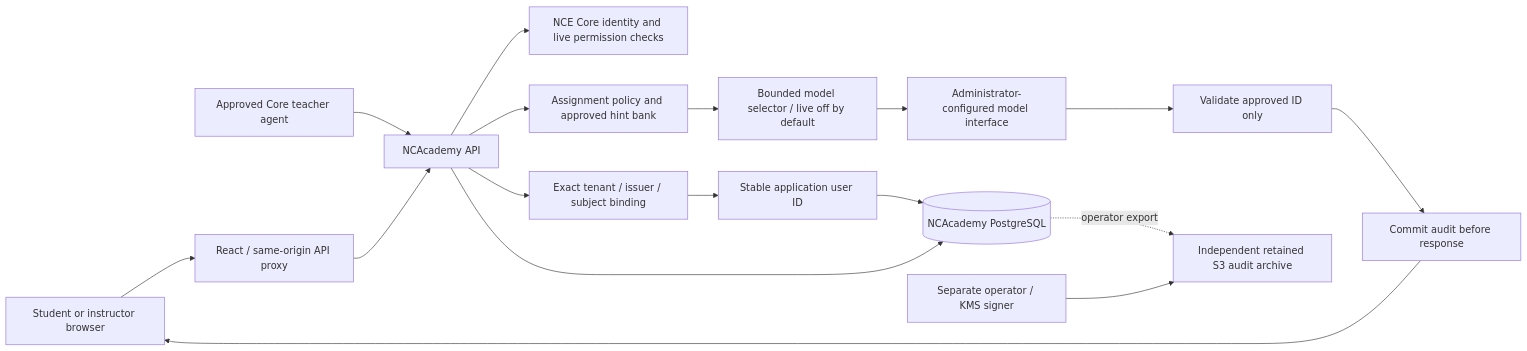
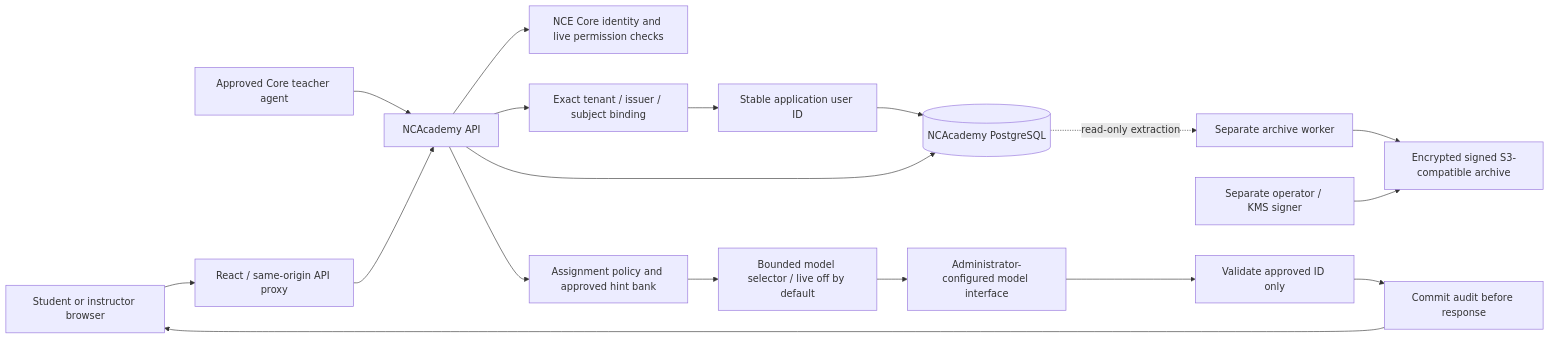
One commit to NorthCountryEngineer/NCAcademy changed the diagram in docs/architecture.md. Above: the diagram before and after it, drawn with Mermaid. The commit also changed other lines of this file and 142 other files, not shown here.

````diff
--- a/docs/architecture.md
+++ b/docs/architecture.md
@@ -5,19 +5,20 @@
 ```mermaid
 flowchart LR
     Browser[Student or instructor browser] --> Web[React / same-origin API proxy]
     Agent[Approved Core teacher agent] --> API
     Web --> API[NCAcademy API]
     API --> Core[NCE Core identity and live permission checks]
     API --> Identity[Exact tenant / issuer / subject binding]
     Identity --> Owner[Stable application user ID]
     Owner --> DB
     API --> DB[(NCAcademy PostgreSQL)]
     API --> Policy[Assignment policy and approved hint bank]
     Policy --> Gateway[Bounded model selector / live off by default]
     Gateway --> Provider[Administrator-configured model interface]
     Provider --> Gate[Validate approved ID only]
     Gate --> Audit[Commit audit before response]
     Audit --> Browser
-    DB -. operator export .-> Archive[Independent retained S3 audit archive]
+    DB -. read-only extraction .-> Worker[Separate archive worker]
+    Worker --> Archive[Encrypted signed S3-compatible archive]
     Operator[Separate operator / KMS signer] --> Archive
 ```
````
